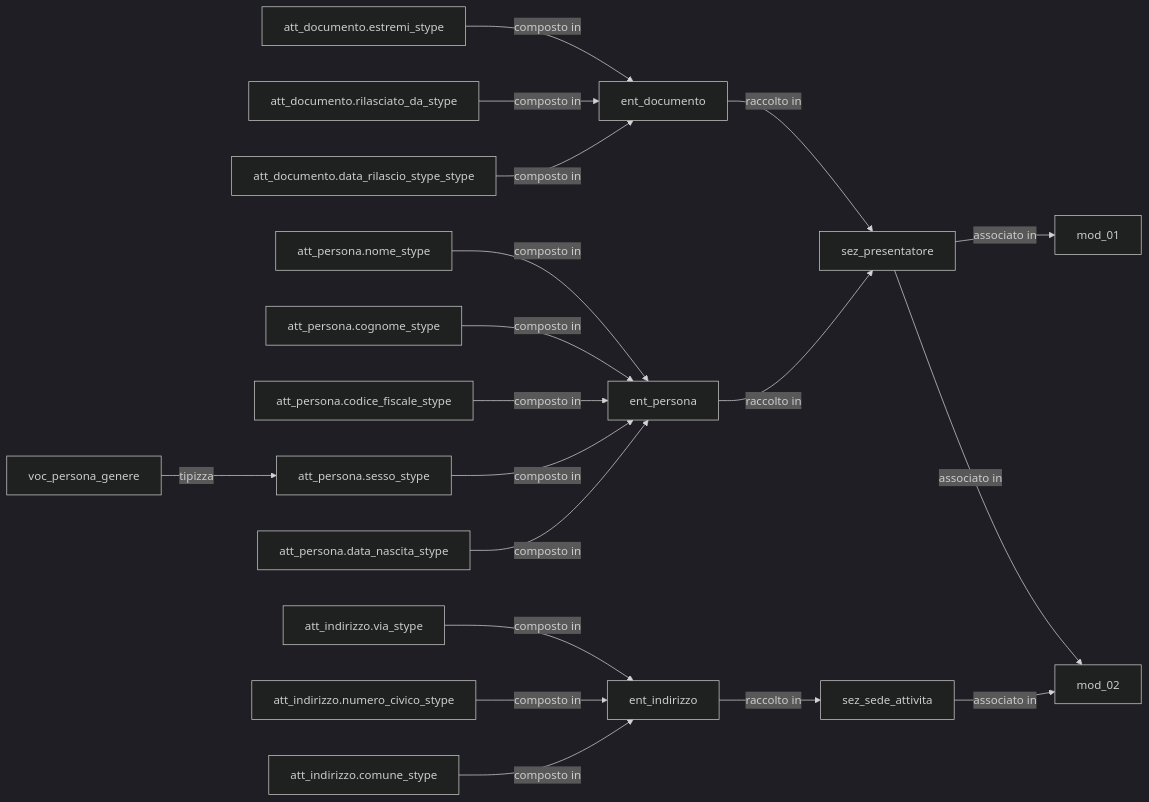
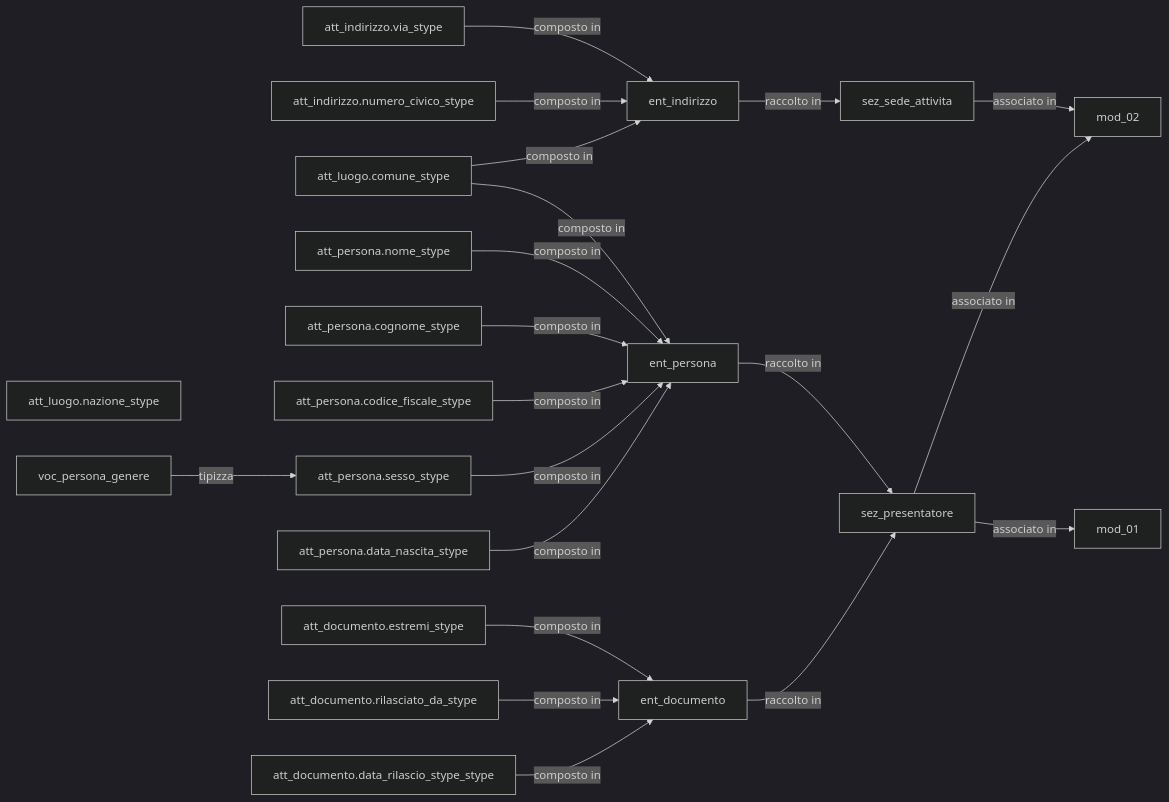
One commit to AgID/suap-gt-specifiche changed the diagram in to_moduli/examples/data_model_organization/readme.md. Above: the diagram before and after it, drawn with Mermaid (dark theme). The commit also changed other lines of this file and 4 other files, not shown here.

Commit message:
added att_luogo to the example

````diff
--- a/to_moduli/examples/data_model_organization/readme.md
+++ b/to_moduli/examples/data_model_organization/readme.md
@@ -14,25 +14,29 @@
 ```mermaid
     flowchart  LR
-        att_documento.estremi_stype -- composto in --> ent_documento
-        att_documento.rilasciato_da_stype -- composto in --> ent_documento
-        att_documento.data_rilascio_stype_stype -- composto in --> ent_documento
-    
         att_indirizzo.via_stype -- composto in --> ent_indirizzo
         att_indirizzo.numero_civico_stype -- composto in --> ent_indirizzo
-        att_indirizzo.comune_stype -- composto in --> ent_indirizzo
         
+        att_luogo.comune_stype -- composto in --> ent_indirizzo
+        att_luogo.comune_stype -- composto in --> ent_persona        
+        att_luogo.nazione_stype 
+
         att_persona.nome_stype -- composto in --> ent_persona
         att_persona.cognome_stype -- composto in --> ent_persona
         att_persona.codice_fiscale_stype -- composto in --> ent_persona
         voc_persona_genere -- tipizza --> att_persona.sesso_stype
         att_persona.sesso_stype -- composto in --> ent_persona
         att_persona.data_nascita_stype -- composto in --> ent_persona
+
+        att_documento.estremi_stype -- composto in --> ent_documento
+        att_documento.rilasciato_da_stype -- composto in --> ent_documento
+        att_documento.data_rilascio_stype_stype -- composto in --> ent_documento
     
+        ent_indirizzo -- raccolto in --> sez_sede_attivita
+
         ent_documento -- raccolto in --> sez_presentatore    
         ent_persona -- raccolto in --> sez_presentatore
-        ent_indirizzo -- raccolto in --> sez_sede_attivita
         
+        sez_presentatore -- associato in --> mod_02
+        sez_sede_attivita -- associato in --> mod_02    
         sez_presentatore -- associato in --> mod_01
-        sez_presentatore -- associato in --> mod_02
-        sez_sede_attivita -- associato in --> mod_02
 ```
````
